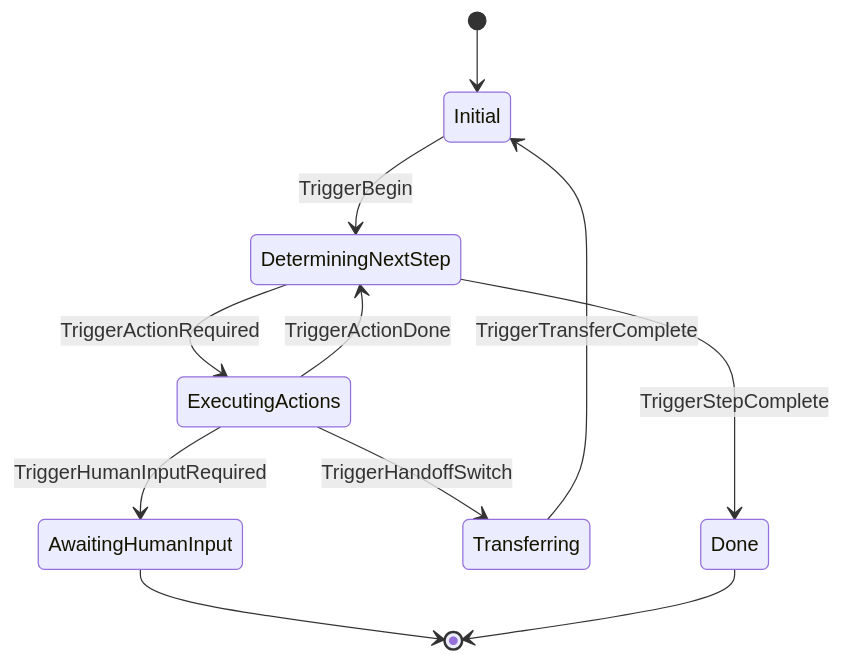
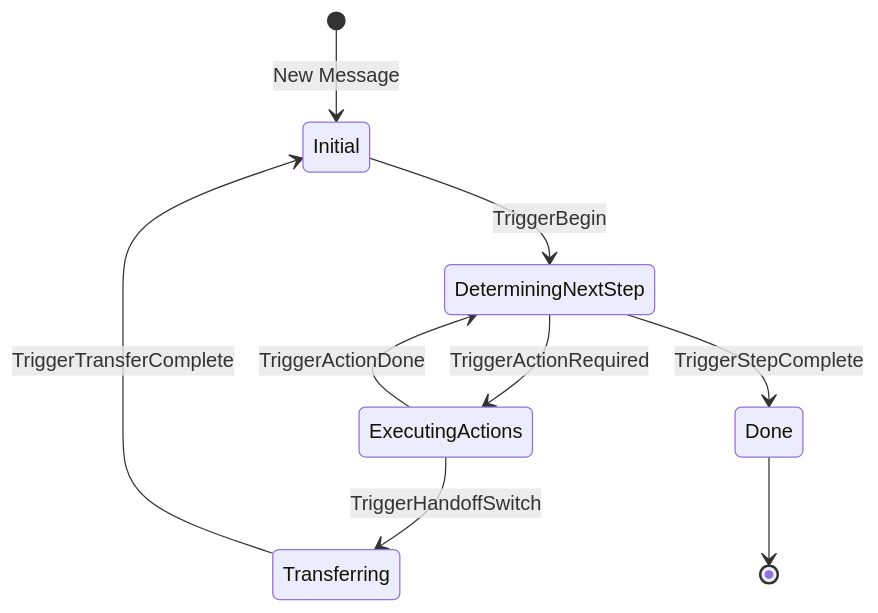
One commit to MKAPersonalOrganization/AgenticWorkflowPlatform changed the first of 2 diagrams in services/agentorchestrator/engine/engine.md. Above: the diagram before and after it, drawn with Mermaid. The commit also changed other lines of this file and 1 other file, not shown here.

Commit message:
Refactor human-in-the-loop state handling by updating the engine state machine documentation and modifying the engine's run and human handoff logic.

````diff
--- a/services/agentorchestrator/engine/engine.md
+++ b/services/agentorchestrator/engine/engine.md
@@ -3,13 +8,14 @@
 ```mermaid
 stateDiagram-v2
-    [*] --> Initial
+    [*] --> Initial : New Message
     Initial --> DeterminingNextStep : TriggerBegin
+    
     DeterminingNextStep --> ExecutingActions : TriggerActionRequired
     DeterminingNextStep --> Done : TriggerStepComplete
+    
     ExecutingActions --> DeterminingNextStep : TriggerActionDone
     ExecutingActions --> Transferring : TriggerHandoffSwitch
-    ExecutingActions --> AwaitingHumanInput : TriggerHumanInputRequired
+    
     Transferring --> Initial : TriggerTransferComplete
-    AwaitingHumanInput --> [*]
     Done --> [*]
 ```
````
